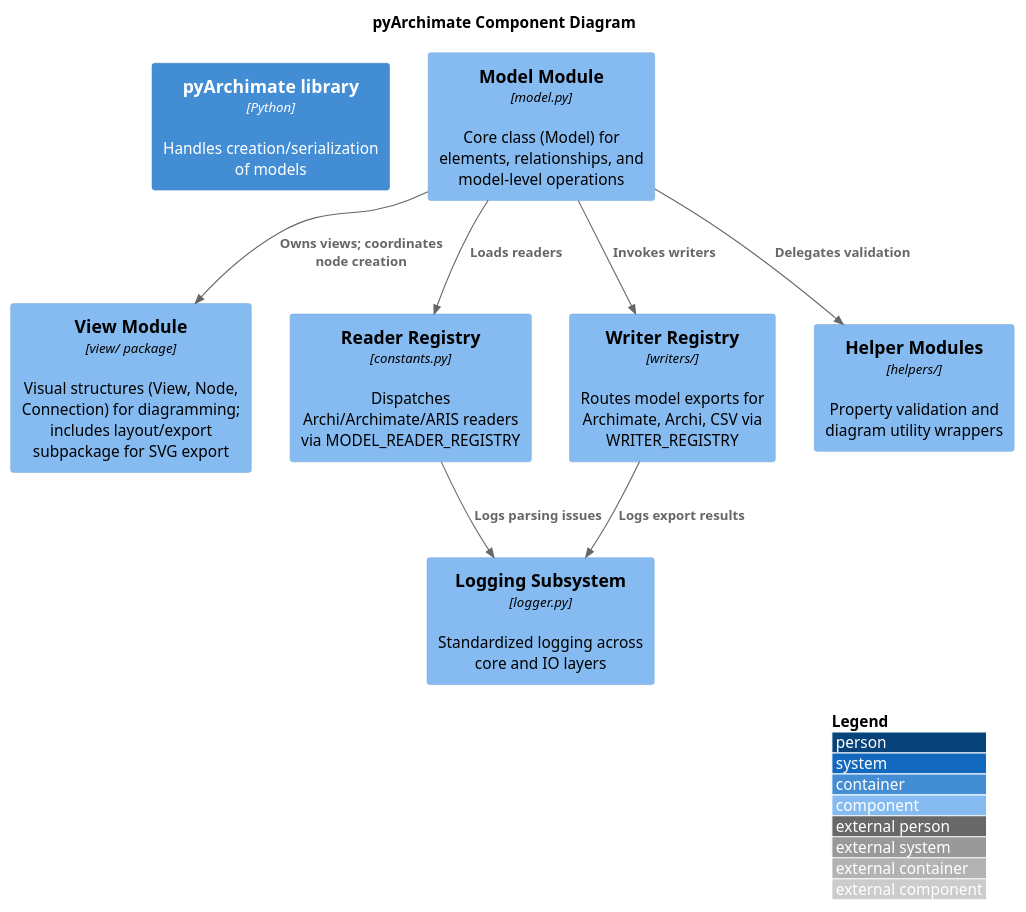
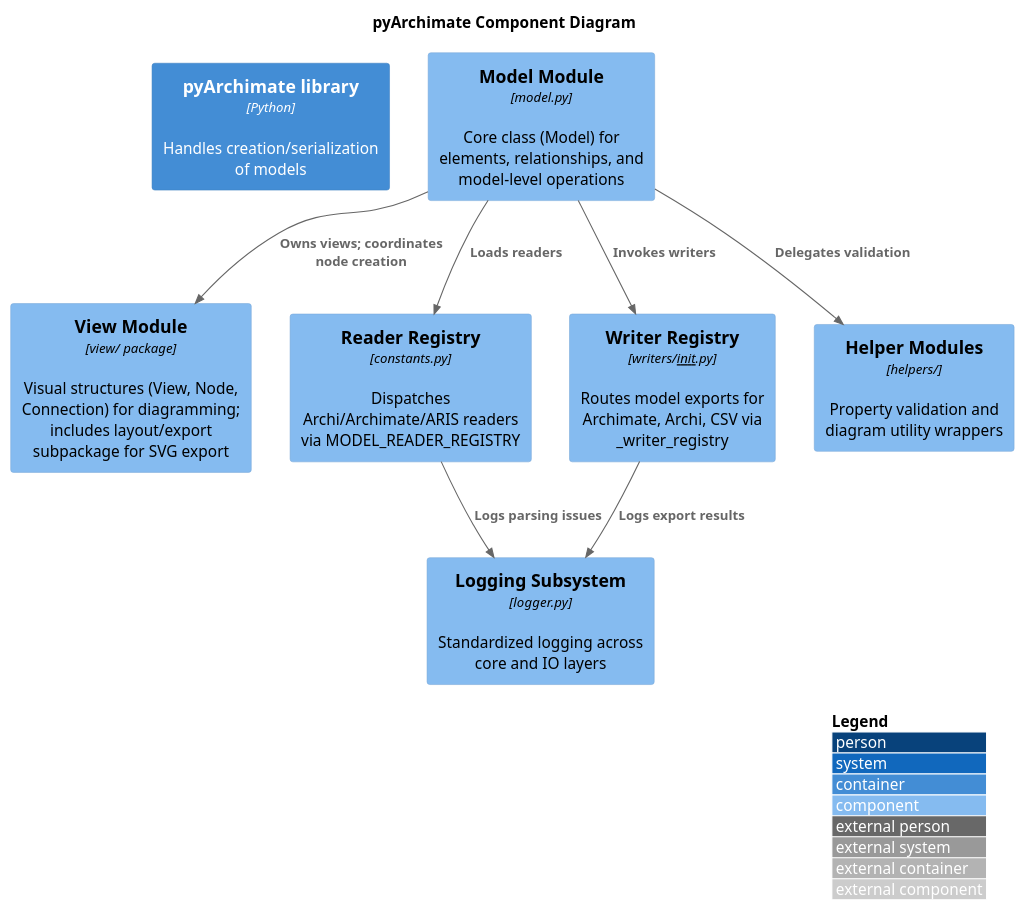
Before and after one commit to pyArchimate/pyArchimate: the diagram in docs/diagrams/c4_component.puml, drawn with PlantUML. The commit also changed 16 other files, not shown here.

First line of the commit message:
docs: regenerate diagrams, AI.md, and spec docs pre-release

```diff
--- a/docs/diagrams/c4_component.puml
+++ b/docs/diagrams/c4_component.puml
@@ -1,22 +1,22 @@
 @startuml
 !includeurl <C4/C4_Component>
 title pyArchimate Component Diagram
 LAYOUT_WITH_LEGEND()
 
 Container(pyArchimateLib, "pyArchimate library", "Python", "Handles creation/serialization of models")
 
 Component(modelMod, "Model Module", "model.py", "Core class (Model) for elements, relationships, and model-level operations")
 Component(viewMod, "View Module", "view/ package", "Visual structures (View, Node, Connection) for diagramming; includes layout/export subpackage for SVG export")
 Component(readerRegistry, "Reader Registry", "constants.py", "Dispatches Archi/Archimate/ARIS readers via MODEL_READER_REGISTRY")
-Component(writerRegistry, "Writer Registry", "writers/", "Routes model exports for Archimate, Archi, CSV via WRITER_REGISTRY")
+Component(writerRegistry, "Writer Registry", "writers/__init__.py", "Routes model exports for Archimate, Archi, CSV via _writer_registry")
 Component(logging, "Logging Subsystem", "logger.py", "Standardized logging across core and IO layers")
 Component(helpers, "Helper Modules", "helpers/", "Property validation and diagram utility wrappers")
 
 Rel(modelMod, viewMod, "Owns views; coordinates node creation")
 Rel(modelMod, readerRegistry, "Loads readers")
 Rel(modelMod, writerRegistry, "Invokes writers")
 Rel(modelMod, helpers, "Delegates validation")
 Rel(readerRegistry, logging, "Logs parsing issues")
 Rel(writerRegistry, logging, "Logs export results")
 
 @enduml
```
